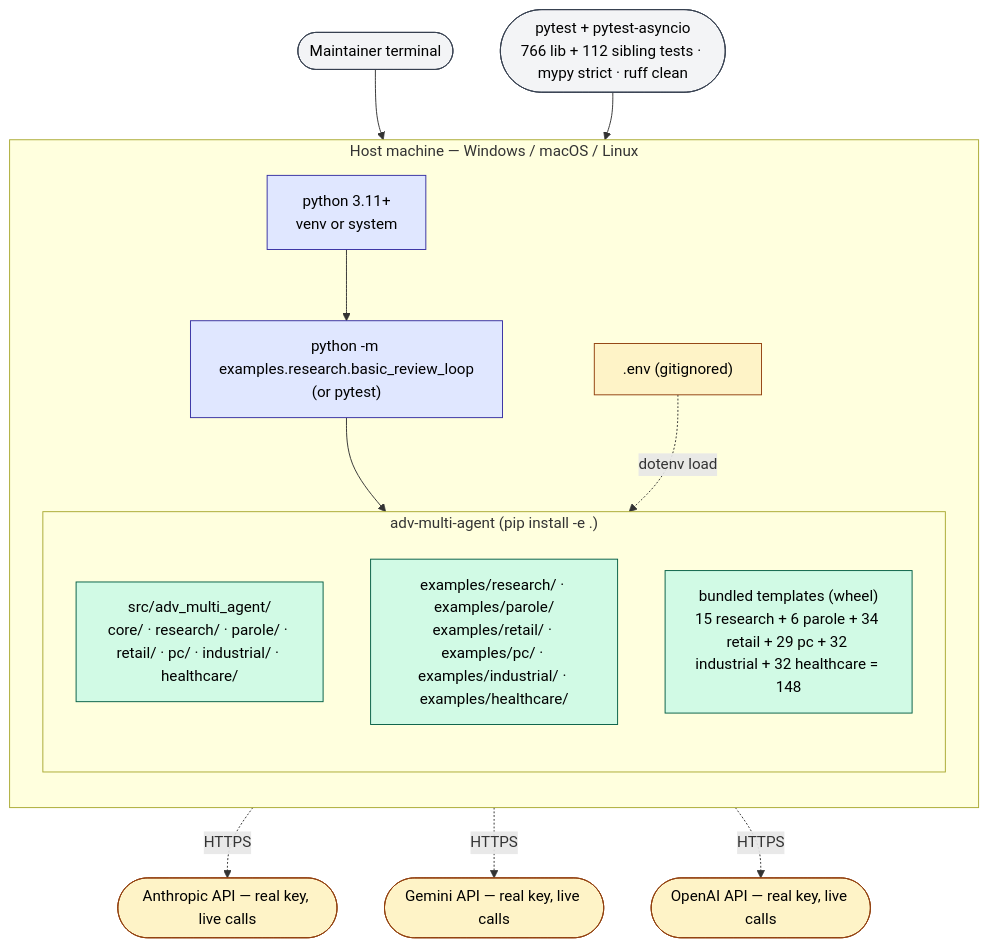
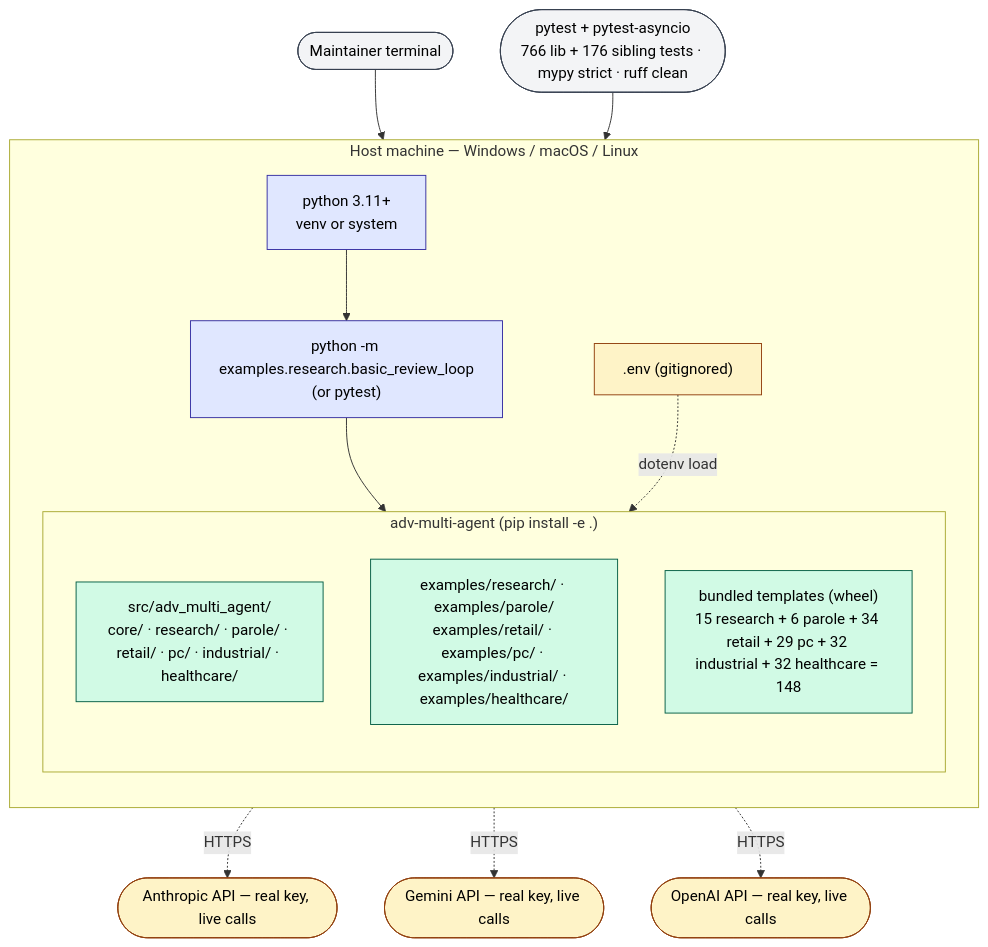
The second of 2 diagrams in docs/deployment-architecture.md (gmanch94/adversarial-multi-agent-lib), drawn with Mermaid before and after one commit. The commit also changed other lines of this file and 8 other files, not shown here.

````diff
--- a/docs/deployment-architecture.md
+++ b/docs/deployment-architecture.md
@@ -135,37 +135,37 @@
 ```mermaid
 flowchart TB
     classDef proc fill:#e0e7ff,stroke:#3730a3,color:#000
     classDef lib fill:#d1fae5,stroke:#065f46,color:#000
     classDef ext fill:#fef3c7,stroke:#92400e,color:#000
     classDef user fill:#f3f4f6,stroke:#374151,color:#000
 
     Dev(["Maintainer terminal"]):::user
-    Pyt(["pytest + pytest-asyncio<br/>766 lib + 112 sibling tests · mypy strict · ruff clean"]):::user
+    Pyt(["pytest + pytest-asyncio<br/>766 lib + 176 sibling tests · mypy strict · ruff clean"]):::user
 
     subgraph Host["Host machine — Windows / macOS / Linux"]
         direction TB
         Py["python 3.11+<br/>venv or system"]:::proc
         EnvLocal[".env (gitignored)"]:::ext
         Example["python -m examples.research.basic_review_loop<br/>(or pytest)"]:::proc
 
         subgraph Pkg["adv-multi-agent (pip install -e .)"]
             direction TB
             Src["src/adv_multi_agent/<br/>core/ · research/ · parole/ · retail/ · pc/ · industrial/ · healthcare/"]:::lib
             Examples["examples/research/ · examples/parole/<br/>examples/retail/ · examples/pc/ · examples/industrial/ · examples/healthcare/"]:::lib
             SkillsDir["bundled templates (wheel)<br/>15 research + 6 parole + 34 retail + 29 pc + 32 industrial + 32 healthcare = 148"]:::lib
         end
     end
 
     Anthro(["Anthropic API — real key, live calls"]):::ext
     GeminiDev(["Gemini API — real key, live calls"]):::ext
     OAI(["OpenAI API — real key, live calls"]):::ext
 
     Dev --> Py
     Pyt --> Py
     Py --> Example
     Example --> Src
     EnvLocal -. dotenv load .-> Src
     Src -. HTTPS .-> Anthro
     Src -. HTTPS .-> GeminiDev
     Src -. HTTPS .-> OAI
 ```
````
